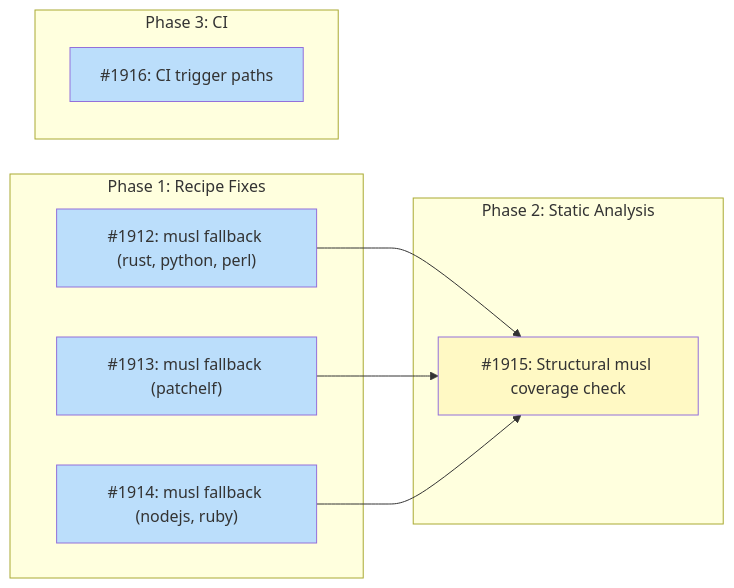
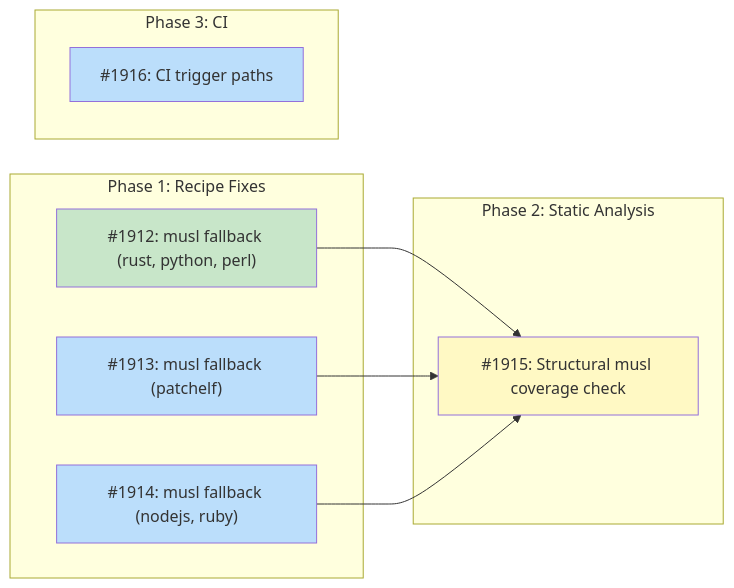
One commit to tsukumogami/tsuku changed the diagram in docs/designs/DESIGN-embedded-recipe-musl-coverage.md. Above: the diagram before and after it, drawn with Mermaid. The commit also changed other lines of this file, not shown here.

````diff
--- a/docs/designs/DESIGN-embedded-recipe-musl-coverage.md
+++ b/docs/designs/DESIGN-embedded-recipe-musl-coverage.md
@@ -54,29 +54,30 @@
 ```mermaid
 graph LR
     subgraph Phase1["Phase 1: Recipe Fixes"]
         I1912["#1912: musl fallback (rust, python, perl)"]
         I1913["#1913: musl fallback (patchelf)"]
         I1914["#1914: musl fallback (nodejs, ruby)"]
     end
 
     subgraph Phase2["Phase 2: Static Analysis"]
         I1915["#1915: Structural musl coverage check"]
     end
 
     subgraph Phase3["Phase 3: CI"]
         I1916["#1916: CI trigger paths"]
     end
 
     I1912 --> I1915
     I1913 --> I1915
     I1914 --> I1915
 
     classDef done fill:#c8e6c9
     classDef ready fill:#bbdefb
     classDef blocked fill:#fff9c4
     classDef needsDesign fill:#e1bee7
     classDef tracksDesign fill:#FFE0B2,stroke:#F57C00,color:#000
 
-    class I1912,I1913,I1914,I1916 ready
+    class I1912 done
+    class I1913,I1914,I1916 ready
     class I1915 blocked
 ```
````
